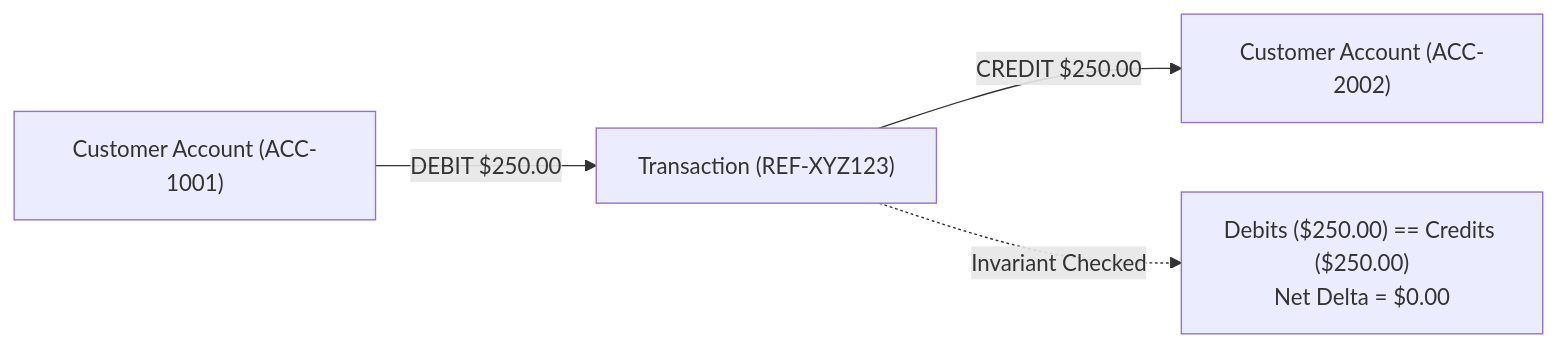
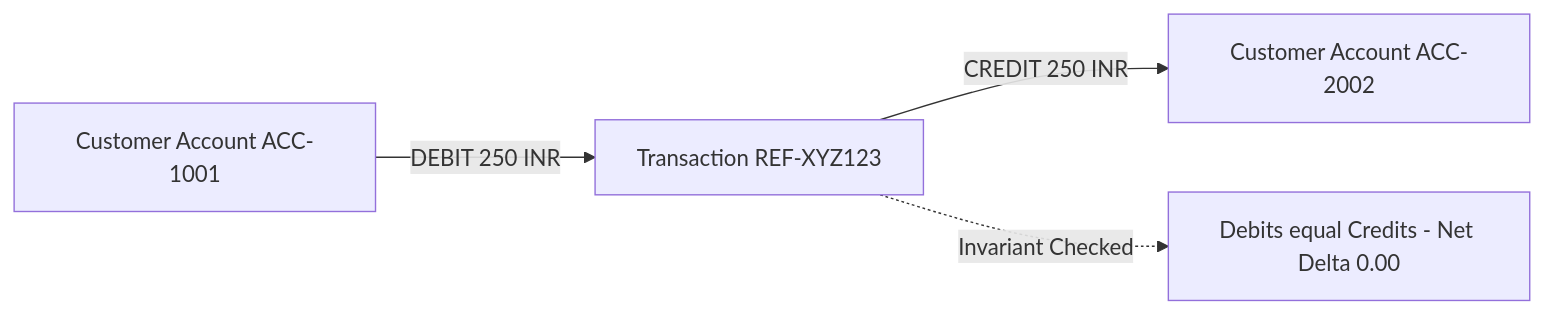
Before and after one commit to g-Jhansi/LedgerLine: the first of 4 diagrams in HIRING_QUESTIONS.md, drawn with Mermaid. The commit also changed other lines of this file and 2 other files, not shown here.

Commit message:
fix(docs): fix Mermaid diagram syntax for GitHub Markdown rendering

````diff
--- a/HIRING_QUESTIONS.md
+++ b/HIRING_QUESTIONS.md
@@ -38,6 +38,6 @@
 ```mermaid
-flowchart LR
-    A["Customer Account (ACC-1001)"] -- "DEBIT $250.00" --> TX["Transaction (REF-XYZ123)"]
-    TX -- "CREDIT $250.00" --> B["Customer Account (ACC-2002)"]
-    TX -. Invariant Checked .-> INV["Debits ($250.00) == Credits ($250.00)<br>Net Delta = $0.00"]
+graph LR
+    A[Customer Account ACC-1001] -->|DEBIT 250 INR| TX[Transaction REF-XYZ123]
+    TX -->|CREDIT 250 INR| B[Customer Account ACC-2002]
+    TX -.->|Invariant Checked| INV[Debits equal Credits - Net Delta 0.00]
 ```
````
